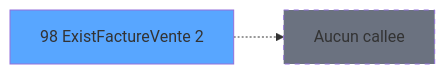
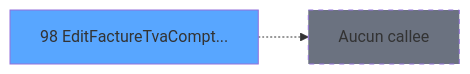
The third of 3 diagrams in .openspec/specs/ADH-IDE-98.md (thonyAGP/lecteur-magic), drawn with Mermaid before and after one commit. The commit also changed other lines of this file and 7552 other files, not shown here.

````diff
--- a/.openspec/specs/ADH-IDE-98.md
+++ b/.openspec/specs/ADH-IDE-98.md
@@ -184,8 +306,8 @@
 ```mermaid
 graph LR
-    T98[98 ExistFactureVente 2]
+    T98[98 EditFactureTvaCompt...]
     style T98 fill:#58a6ff
     NONE[Aucun callee]
     T98 -.-> NONE
     style NONE fill:#6b7280,stroke-dasharray: 5 5
 ```
````
